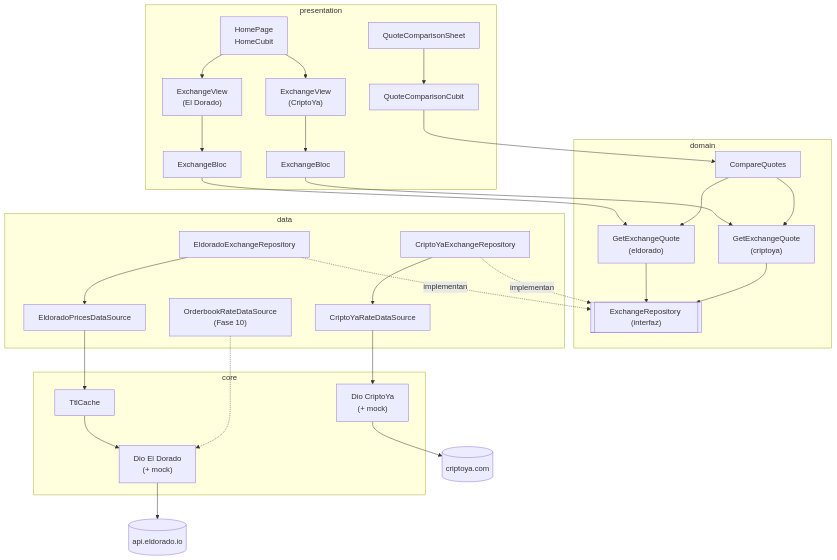
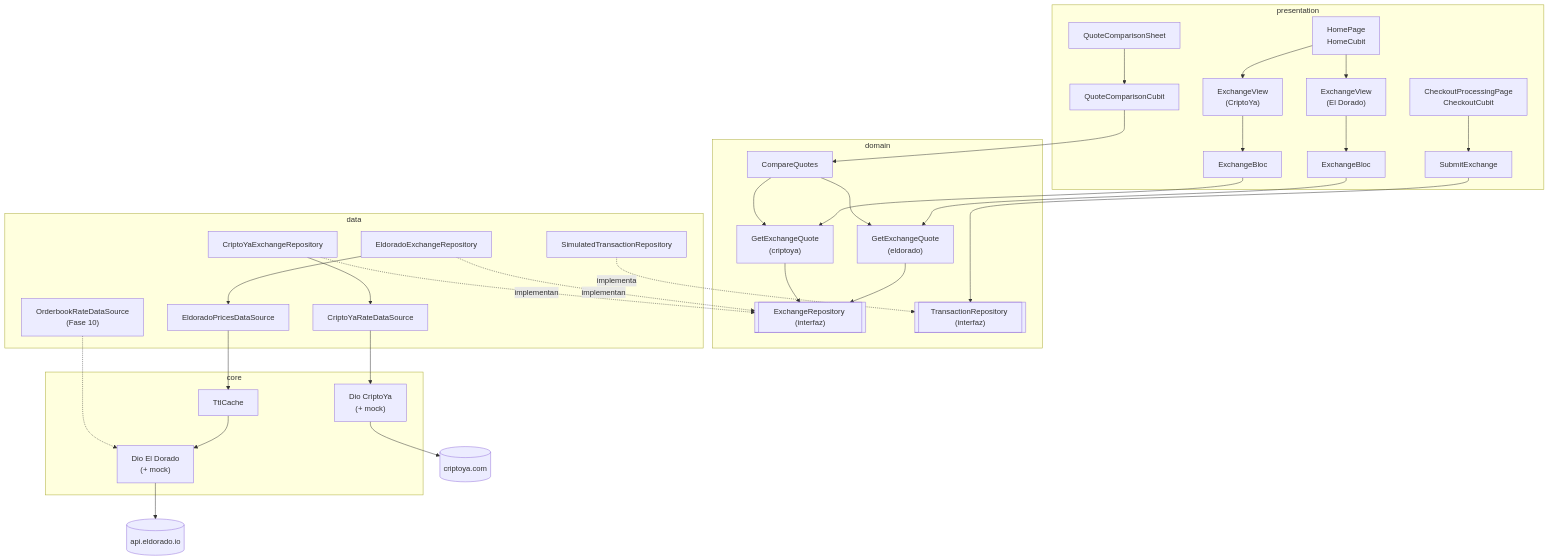
Before and after one commit to maujpok/coding-dorado: the first of 3 diagrams in ARCHITECTURE.md, drawn with Mermaid. The commit also changed other lines of this file and 71 other files, not shown here.

````diff
--- a/ARCHITECTURE.md
+++ b/ARCHITECTURE.md
@@ -51,34 +52,38 @@
 ```mermaid
 flowchart TB
   subgraph presentation
     Home["HomePage<br/>HomeCubit"] --> V1["ExchangeView<br/>(El Dorado)"] & V2["ExchangeView<br/>(CriptoYa)"]
     V1 --> B1["ExchangeBloc"]
     V2 --> B2["ExchangeBloc"]
     Sheet[QuoteComparisonSheet] --> CC[QuoteComparisonCubit]
+    Checkout["CheckoutProcessingPage<br/>CheckoutCubit"] --> SE
   end
   subgraph domain
     Q1["GetExchangeQuote<br/>(eldorado)"]
     Q2["GetExchangeQuote<br/>(criptoya)"]
     CQ[CompareQuotes]
     RepoI[["ExchangeRepository (interfaz)"]]
+    SE[SubmitExchange] --> TxI[["TransactionRepository (interfaz)"]]
   end
   subgraph data
     RE[EldoradoExchangeRepository] --> EP[EldoradoPricesDataSource]
     RC[CriptoYaExchangeRepository] --> CY[CriptoYaRateDataSource]
     OB["OrderbookRateDataSource<br/>(Fase 10)"]
+    ST[SimulatedTransactionRepository]
   end
   subgraph core
     Cache[TtlCache]
     D1["Dio El Dorado<br/>(+ mock)"]
     D2["Dio CriptoYa<br/>(+ mock)"]
   end
   B1 --> Q1 --> RepoI
   B2 --> Q2 --> RepoI
   CC --> CQ --> Q1 & Q2
   RE & RC -.implementan.-> RepoI
+  ST -.implementa.-> TxI
   EP --> Cache --> D1
   CY --> D2
   OB -.-> D1
   D1 --> API1[(api.eldorado.io)]
   D2 --> API2[(criptoya.com)]
 ```
````
